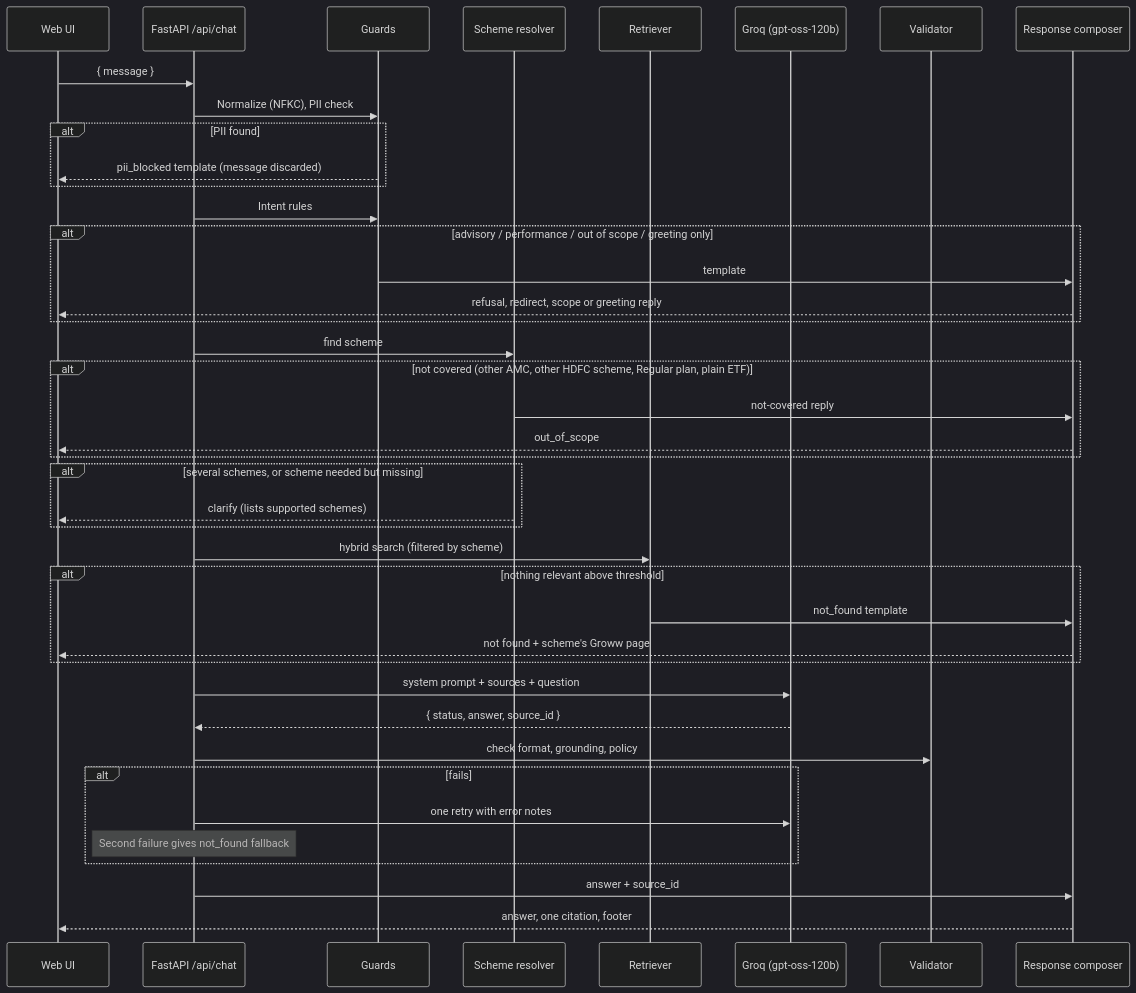
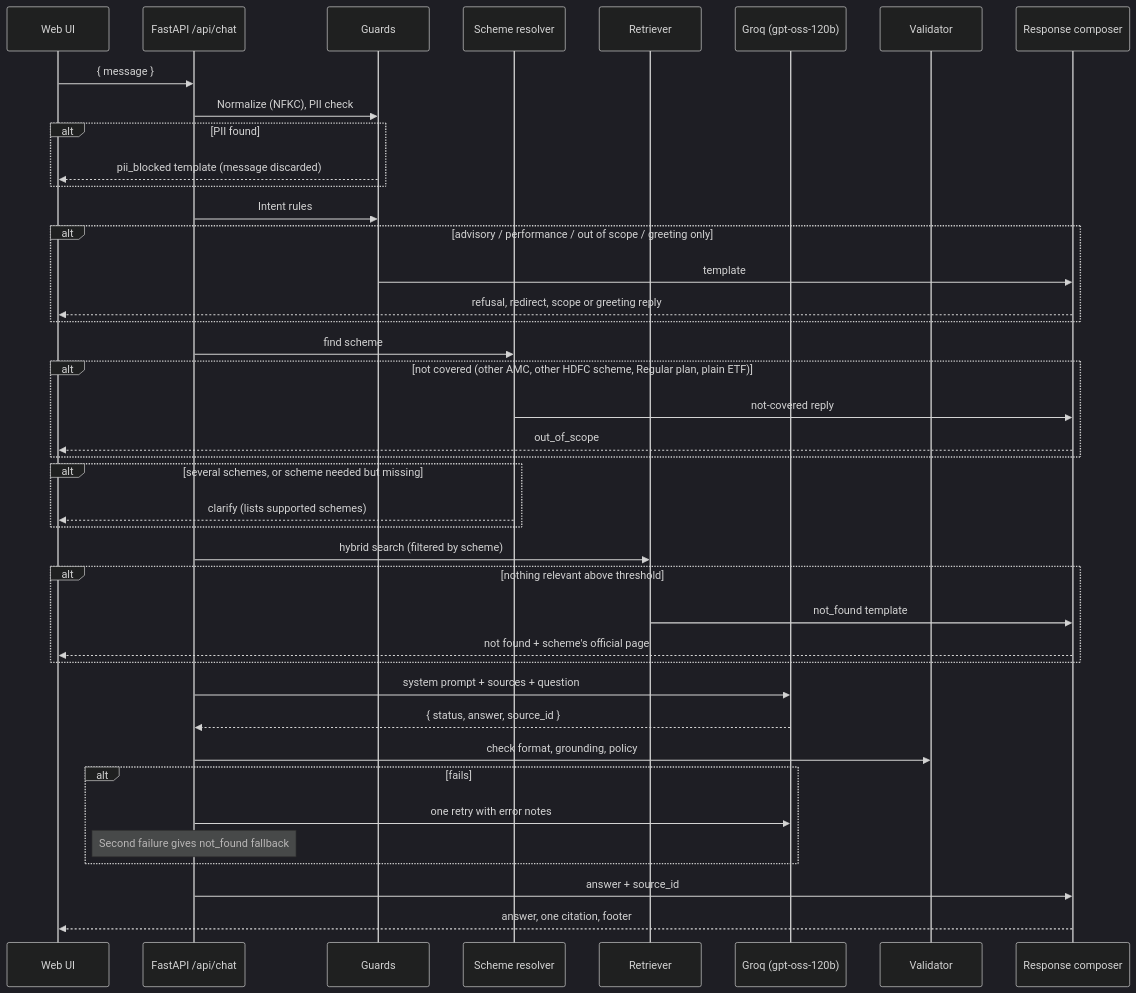
The third of 3 diagrams in docs/architecture.md (akashtickoo/growwChatBot), drawn with Mermaid (dark theme) before and after one commit. The commit also changed other lines of this file and 48 other files, not shown here.

````diff
--- a/docs/architecture.md
+++ b/docs/architecture.md
@@ -279,44 +307,44 @@
 ```mermaid
 sequenceDiagram
     participant UI as Web UI
     participant API as FastAPI /api/chat
     participant G as Guards
     participant SR as Scheme resolver
     participant RT as Retriever
     participant LLM as Groq (gpt-oss-120b)
     participant VAL as Validator
     participant RC as Response composer
 
     UI->>API: { message }
     API->>G: Normalize (NFKC), PII check
     alt PII found
         G-->>UI: pii_blocked template (message discarded)
     end
     API->>G: Intent rules
     alt advisory / performance / out of scope / greeting only
         G->>RC: template
         RC-->>UI: refusal, redirect, scope or greeting reply
     end
     API->>SR: find scheme
     alt not covered (other AMC, other HDFC scheme, Regular plan, plain ETF)
         SR->>RC: not-covered reply
         RC-->>UI: out_of_scope
     end
     alt several schemes, or scheme needed but missing
         SR-->>UI: clarify (lists supported schemes)
     end
     API->>RT: hybrid search (filtered by scheme)
     alt nothing relevant above threshold
         RT->>RC: not_found template
-        RC-->>UI: not found + scheme's Groww page
+        RC-->>UI: not found + scheme's official page
     end
     API->>LLM: system prompt + sources + question
     LLM-->>API: { status, answer, source_id }
     API->>VAL: check format, grounding, policy
     alt fails
         API->>LLM: one retry with error notes
         Note over API: Second failure gives not_found fallback
     end
     API->>RC: answer + source_id
     RC-->>UI: answer, one citation, footer
 ```
````
